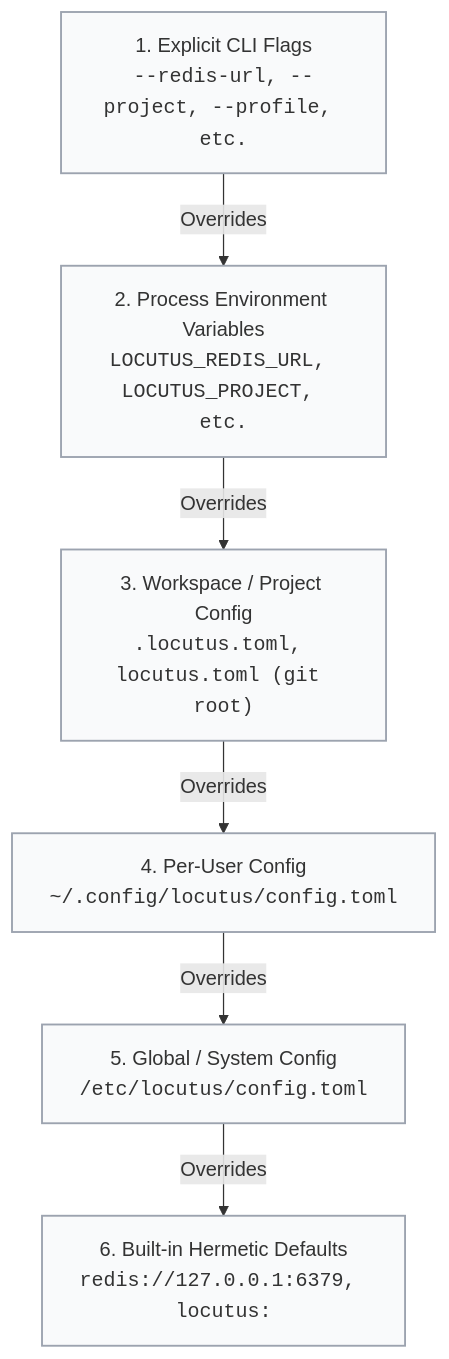
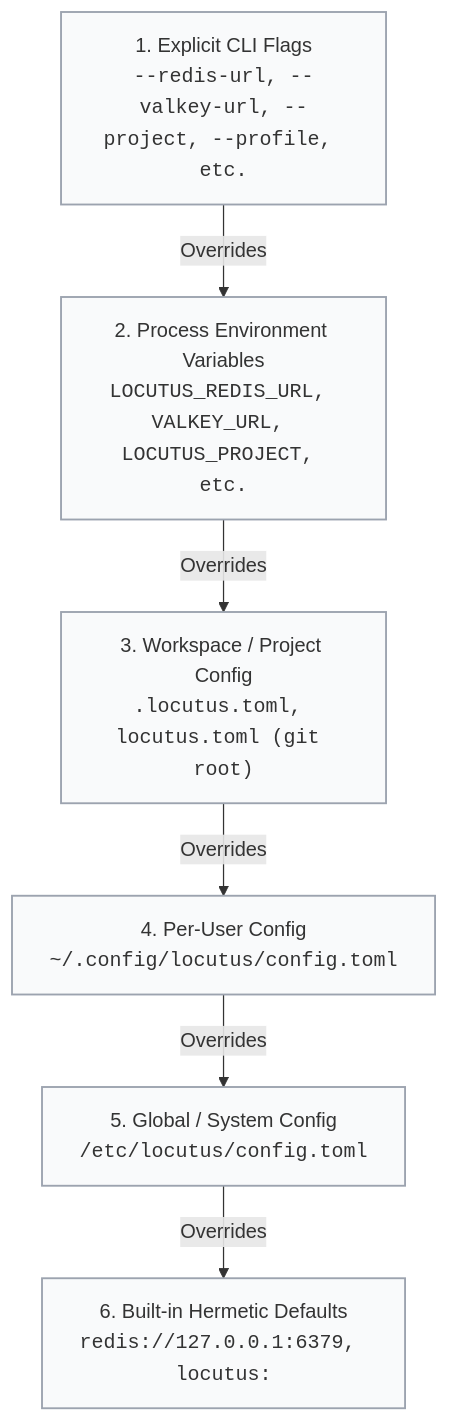
Before and after one commit to axiomantic/locutus: the second of 3 diagrams in README.md, drawn with Mermaid. The commit also changed other lines of this file and 13 other files, not shown here.

Commit message:
feat: migrate to nim-redis, native Valkey support, and non-blocking UNLINK cleanups

````diff
--- a/README.md
+++ b/README.md
@@ -747,18 +615,18 @@
 ```mermaid
 flowchart TD
-    Tier1["1. Explicit CLI Flags<br/><code>--redis-url, --project, --profile, etc.</code>"]
-    Tier2["2. Process Environment Variables<br/><code>LOCUTUS_REDIS_URL, LOCUTUS_PROJECT, etc.</code>"]
+    Tier1["1. Explicit CLI Flags<br/><code>--redis-url, --valkey-url, --project, --profile, etc.</code>"]
+    Tier2["2. Process Environment Variables<br/><code>LOCUTUS_REDIS_URL, VALKEY_URL, LOCUTUS_PROJECT, etc.</code>"]
     Tier3["3. Workspace / Project Config<br/><code>.locutus.toml, locutus.toml (git root)</code>"]
     Tier4["4. Per-User Config<br/><code>~/.config/locutus/config.toml</code>"]
     Tier5["5. Global / System Config<br/><code>/etc/locutus/config.toml</code>"]
     Tier6["6. Built-in Hermetic Defaults<br/><code>redis://127.0.0.1:6379, locutus:</code>"]
 
     Tier1 -->|Overrides| Tier2
     Tier2 -->|Overrides| Tier3
     Tier3 -->|Overrides| Tier4
     Tier4 -->|Overrides| Tier5
     Tier5 -->|Overrides| Tier6
 
     classDef default fill:#f9fafb,stroke:#9ca3af,stroke-width:1.5px;
     class Tier1,Tier2,Tier3,Tier4,Tier5,Tier6 default;
 ```
````
